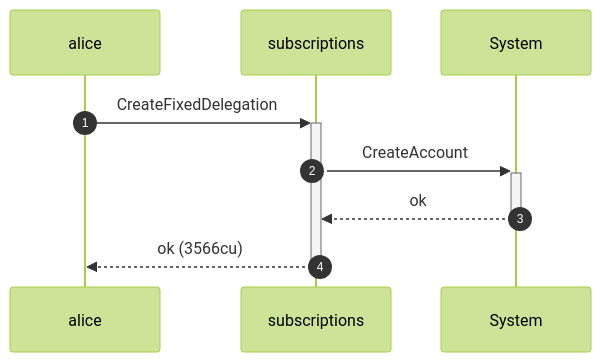
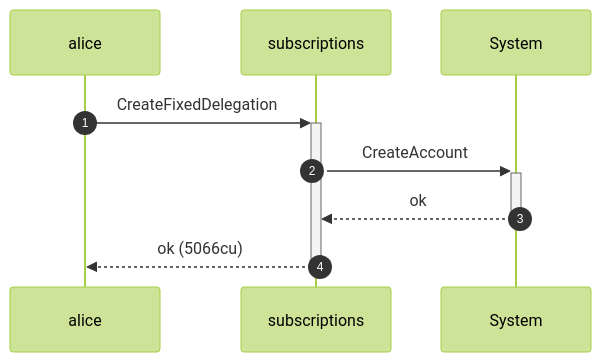
One commit to cds-rs/subscriptions changed the sixth of 12 diagrams in dsl_tests/a-sponsor-cannot-revoke-within-the-drift-window.md. Above: the diagram before and after it, drawn with Mermaid (forest theme). The commit also changed other lines of this file and 224 other files, not shown here.

````diff
--- a/dsl_tests/a-sponsor-cannot-revoke-within-the-drift-window.md
+++ b/dsl_tests/a-sponsor-cannot-revoke-within-the-drift-window.md
@@ -117,11 +123,11 @@
 ```mermaid
 sequenceDiagram
     autonumber
     participant alice
     participant subscriptions
     participant System
     alice ->>+ subscriptions: CreateFixedDelegation
     subscriptions ->>+ System: CreateAccount
     System -->>- subscriptions: ok
-    subscriptions -->>- alice: ok (3566cu)
+    subscriptions -->>- alice: ok (5066cu)
 ```
````
